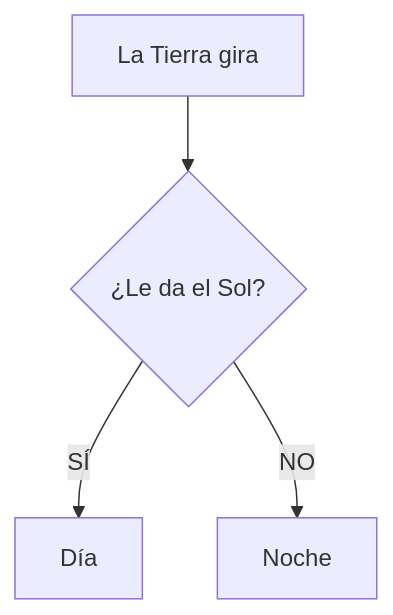
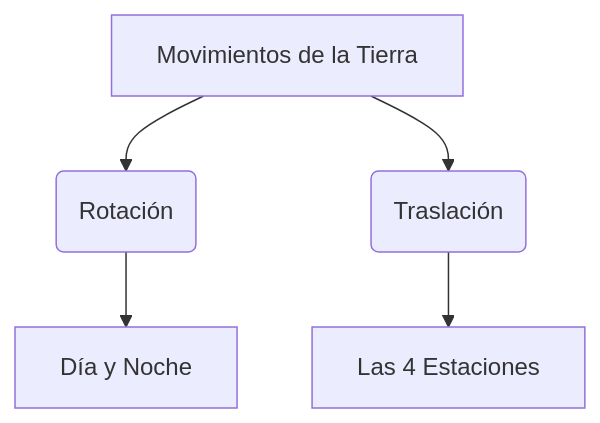
The diagram in docs/2pri/ut04-un-viaje-por-el-espacio/tutorial.md (aalvarezg06/Ense-anzaONLINE), drawn with Mermaid before and after one commit. The commit also changed other lines of this file and 17 other files, not shown here.

````diff
--- a/docs/2pri/ut04-un-viaje-por-el-espacio/tutorial.md
+++ b/docs/2pri/ut04-un-viaje-por-el-espacio/tutorial.md
@@ -43,6 +37,7 @@
 ```mermaid
 graph TD
-    A[La Tierra gira] --> B{¿Le da el Sol?}
-    B -- SÍ --> C[Día]
-    B -- NO --> D[Noche]
+    A[Movimientos de la Tierra] --> B(Rotación)
+    A --> C(Traslación)
+    B --> D[Día y Noche]
+    C --> E[Las 4 Estaciones]
 ```
````
